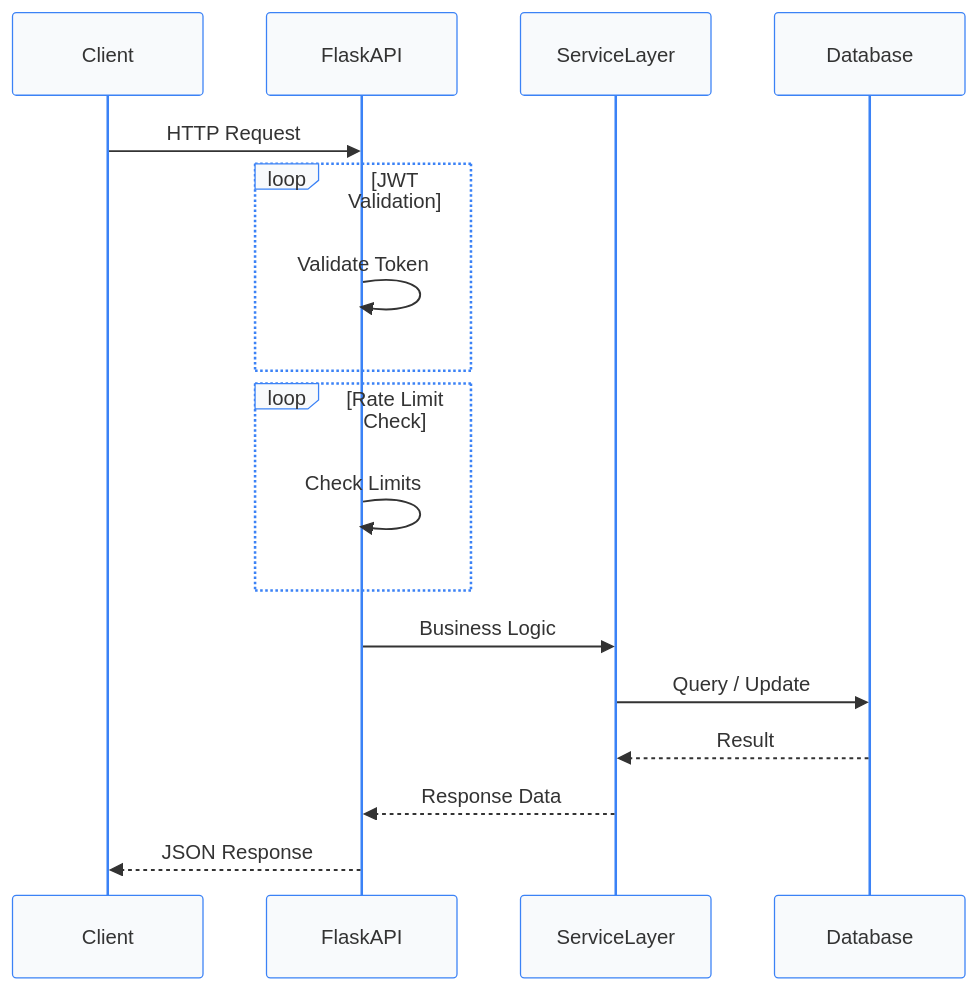
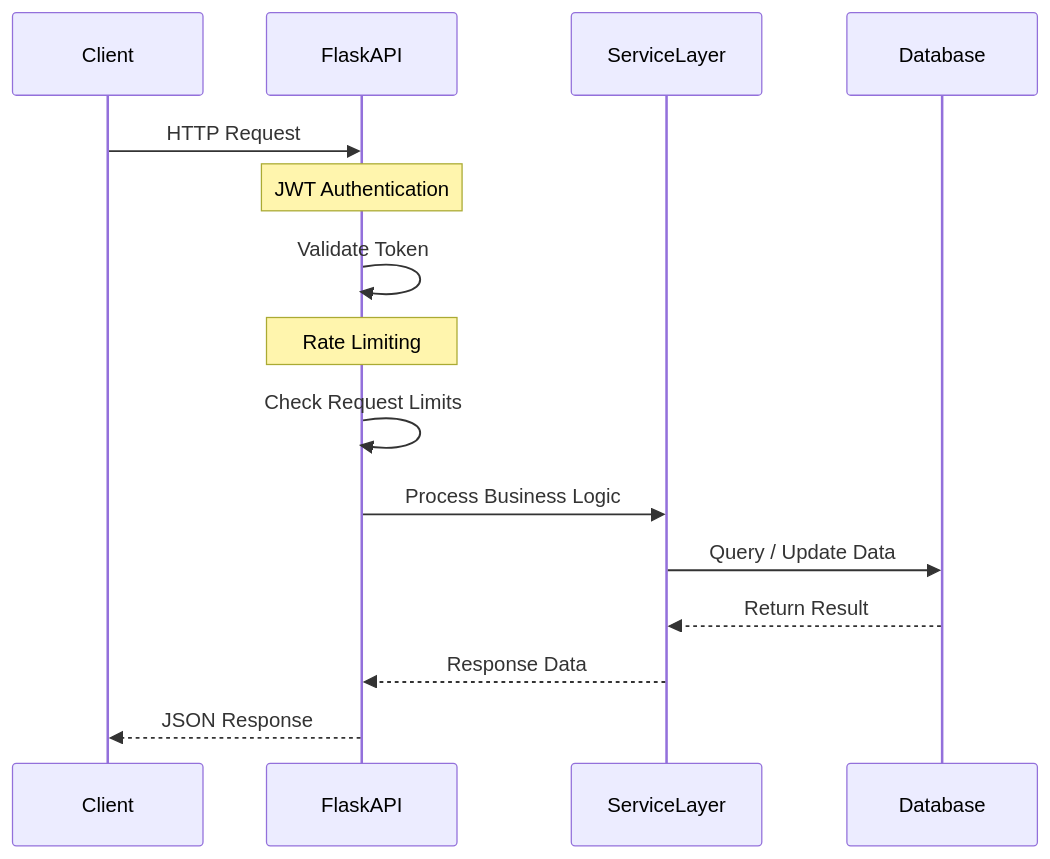
Before and after one commit to Cholan-kinnera/flask-user-management-api: the second of 2 diagrams in README.md, drawn with Mermaid. The commit also changed other lines of this file, not shown here.

Commit message:
Enhance request flow diagram with authentication details
Updated the request flow diagram to include JWT authentication and rate limiting notes.

````diff
--- a/README.md
+++ b/README.md
@@ -136,34 +133,21 @@
 ```mermaid
-%%{init: {'theme':'base','themeVariables':{
-'primaryColor':'#f8fafc',
-'primaryBorderColor':'#3b82f6',
-'lineColor':'#475569',
-'secondaryColor':'#f1f5f9',
-'tertiaryColor':'#eef2ff',
-'fontFamily':'Arial'
-}}}%%
-
 sequenceDiagram
     participant Client
     participant FlaskAPI
     participant ServiceLayer
     participant Database
 
     Client->>FlaskAPI: HTTP Request
 
-    loop JWT Validation
-        FlaskAPI->>FlaskAPI: Validate Token
-    end
+    Note over FlaskAPI: JWT Authentication
+    FlaskAPI->>FlaskAPI: Validate Token
 
-    loop Rate Limit Check
-        FlaskAPI->>FlaskAPI: Check Limits
-    end
+    Note over FlaskAPI: Rate Limiting
+    FlaskAPI->>FlaskAPI: Check Request Limits
 
-    FlaskAPI->>ServiceLayer: Business Logic
-
-    ServiceLayer->>Database: Query / Update
-    Database-->>ServiceLayer: Result
-
+    FlaskAPI->>ServiceLayer: Process Business Logic
+    ServiceLayer->>Database: Query / Update Data
+    Database-->>ServiceLayer: Return Result
     ServiceLayer-->>FlaskAPI: Response Data
     FlaskAPI-->>Client: JSON Response
 ```
````
